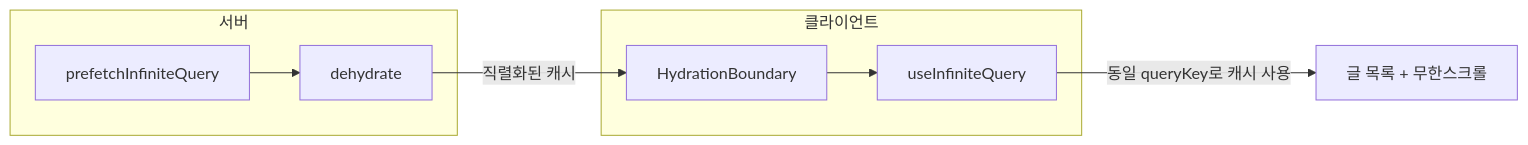
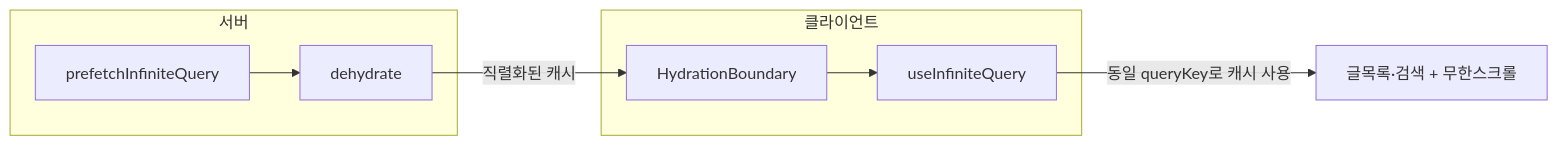
The second of 2 diagrams in README.md (kimyoungyin/myblog), drawn with Mermaid before and after one commit. The commit also changed other lines of this file, not shown here.

````diff
--- a/README.md
+++ b/README.md
@@ -92,17 +103,17 @@
 ```mermaid
 flowchart LR
   subgraph server[서버]
     prefetch[prefetchInfiniteQuery]
     dehydrate[dehydrate]
     prefetch --> dehydrate
   end
 
   subgraph client[클라이언트]
     boundary[HydrationBoundary]
     useQuery[useInfiniteQuery]
     boundary --> useQuery
   end
 
   dehydrate -->|직렬화된 캐시| boundary
-  useQuery -->|동일 queryKey로 캐시 사용| list[글 목록 + 무한스크롤]
+  useQuery -->|동일 queryKey로 캐시 사용| list[글목록·검색 + 무한스크롤]
 ```
````
